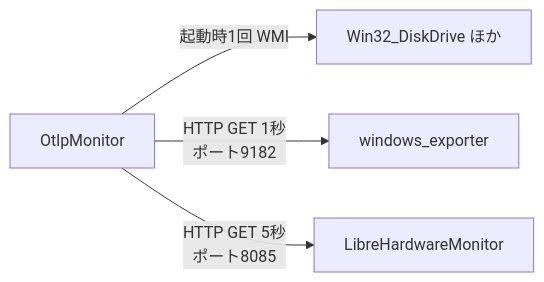
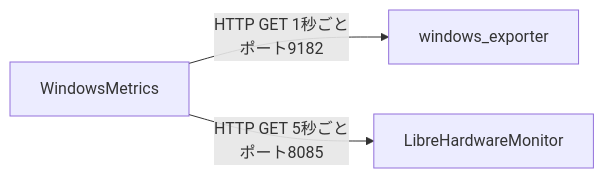
One commit to siosig/WindowsMetrics changed the diagram in README.ja.md. Above: the diagram before and after it, drawn with Mermaid. The commit also changed other lines of this file and 3 other files, not shown here.

````diff
--- a/README.ja.md
+++ b/README.ja.md
@@ -36,6 +30,5 @@
 ```mermaid
 flowchart LR
-    OM[OtlpMonitor] -->|起動時1回 WMI| WMI[Win32_DiskDrive ほか]
-    OM -->|HTTP GET 1秒<br/>ポート9182| WE[windows_exporter]
-    OM -->|HTTP GET 5秒<br/>ポート8085| LHM[LibreHardwareMonitor]
+    WM[WindowsMetrics] -->|HTTP GET 1秒ごと<br/>ポート9182| WE[windows_exporter]
+    WM -->|HTTP GET 5秒ごと<br/>ポート8085| LHM[LibreHardwareMonitor]
 ```
````
